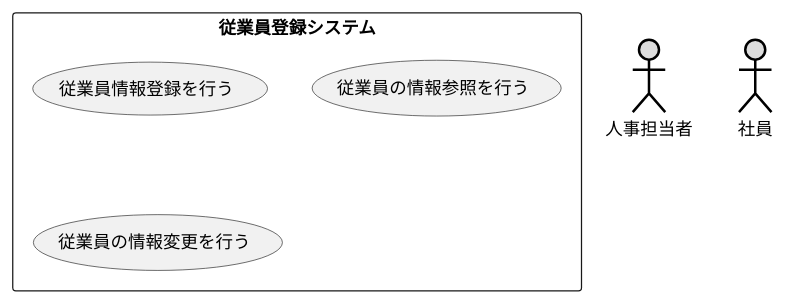
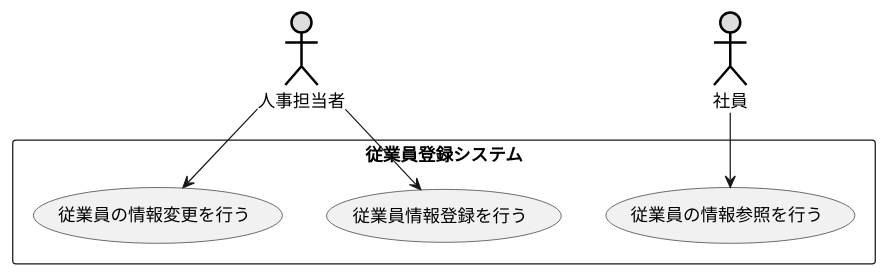
Before and after one commit to itouayumu/uml-introduction-: the diagram in 演習2-6_盛岡システム_従業員登録システム.pu, drawn with PlantUML.

Commit message:
修正

```diff
--- a/演習2-6_盛岡システム_従業員登録システム.pu
+++ b/演習2-6_盛岡システム_従業員登録システム.pu
@@ -1,18 +1,19 @@
 @startuml ユースケース図
 ' left to right direction
 
      actor 人事担当者 as u1 #DDDDDD;line:black;line.bold;
      actor 社員 as u2 #DDDDDD;line:black;line.bold;
 
 
 rectangle 従業員登録システム {
 usecase 従業員情報登録を行う as a1
-usecase 従業員の情報参照を行う as a2
 
-usecase 従業員の情報変更を行う as a4
+usecase 従業員の情報変更を行う as a2
+usecase 従業員の情報参照を行う as a3
 }
 
-
-
+u1-->a1
+u1-->a2
+u2-->a3
 
 @enduml
```
